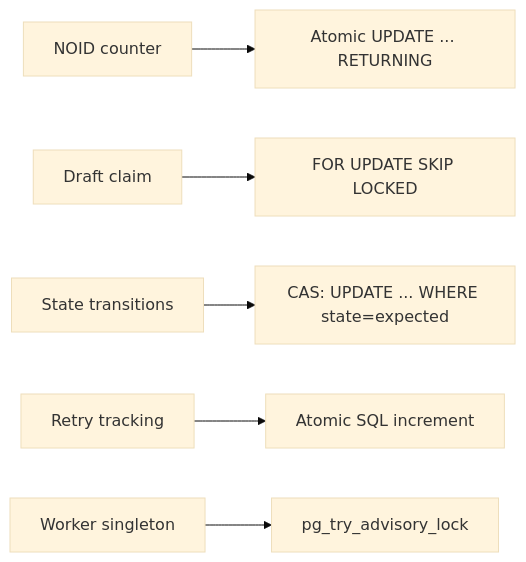
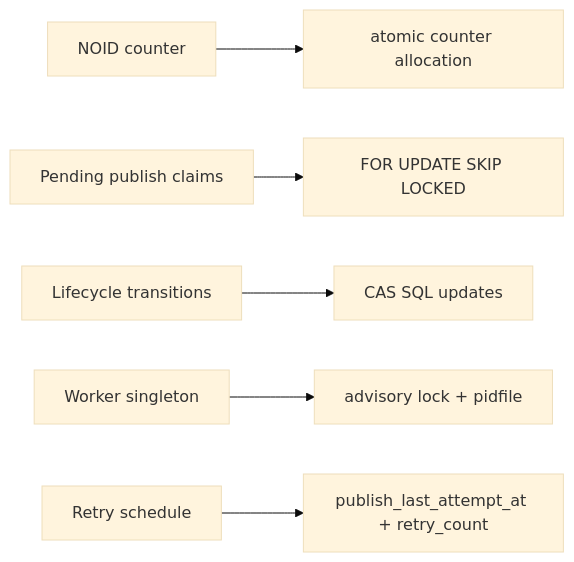
Before and after one commit to LA-Referencia-IOI/dark-core-minter-api: the eighth of 11 diagrams in minter-architecture.md, drawn with Mermaid (base theme). The commit also changed other lines of this file and 12 other files, not shown here.

````diff
--- a/minter-architecture.md
+++ b/minter-architecture.md
@@ -131,8 +323,8 @@
 ```mermaid
 flowchart LR
-    N1["NOID counter"] --> N2["Atomic UPDATE ... RETURNING"]
-    N3["Draft claim"] --> N4["FOR UPDATE SKIP LOCKED"]
-    N5["State transitions"] --> N6["CAS: UPDATE ... WHERE state=expected"]
-    N7["Retry tracking"] --> N8["Atomic SQL increment"]
-    N9["Worker singleton"] --> N10["pg_try_advisory_lock"]
+    A["NOID counter"] --> B["atomic counter allocation"]
+    C["Pending publish claims"] --> D["FOR UPDATE SKIP LOCKED"]
+    E["Lifecycle transitions"] --> F["CAS SQL updates"]
+    G["Worker singleton"] --> H["advisory lock + pidfile"]
+    I["Retry schedule"] --> J["publish_last_attempt_at + retry_count"]
 ```
````
